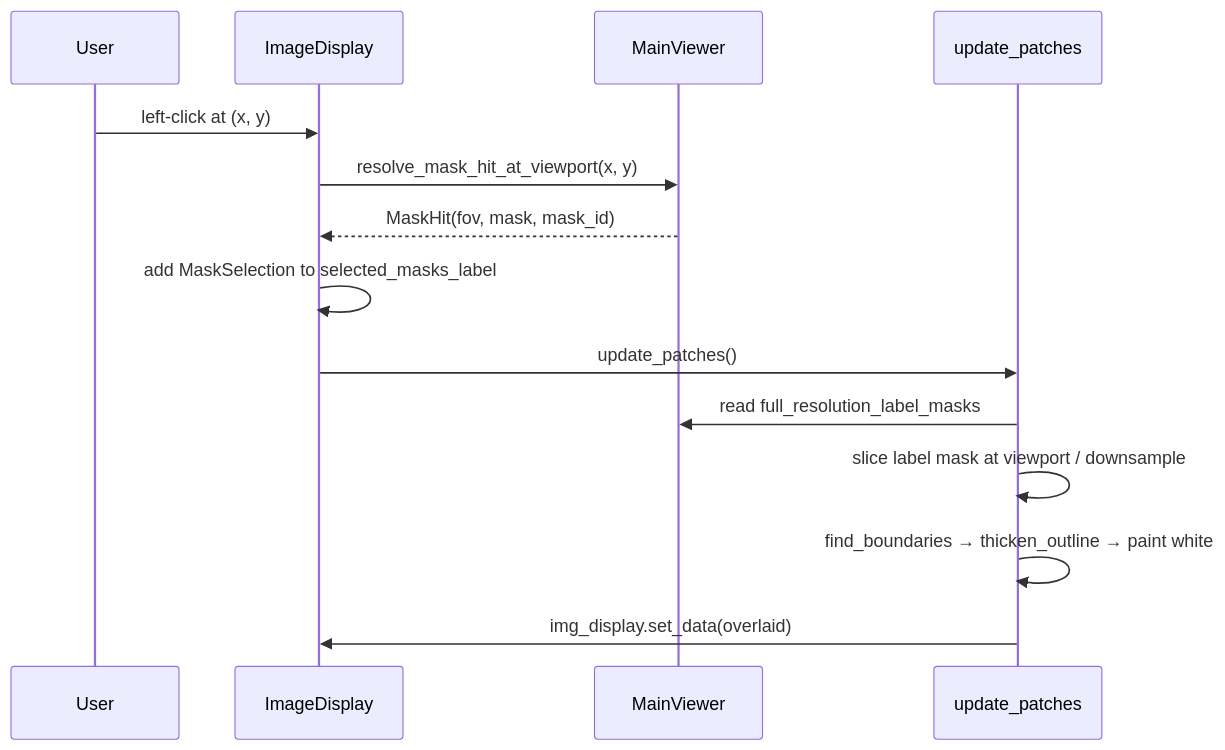
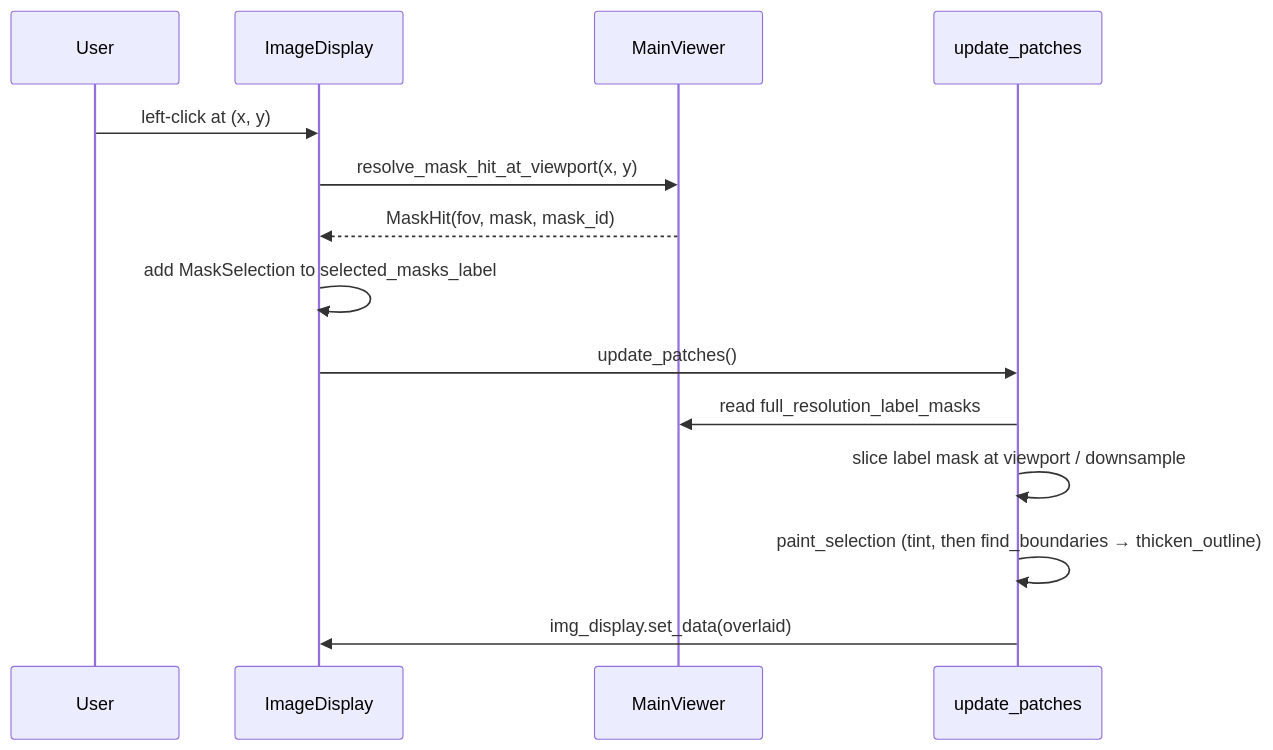
The second of 4 diagrams in dev_note/topic_mask_rendering_highlighting_coloring.md (HartmannLab/UELer), drawn with Mermaid before and after one commit. The commit also changed other lines of this file and 25 other files, not shown here.

Commit message:
one selection colour and style: amber outline plus tint everywhere, Selection and colours section in Advanced Settings

````diff
--- a/dev_note/topic_mask_rendering_highlighting_coloring.md
+++ b/dev_note/topic_mask_rendering_highlighting_coloring.md
@@ -112,17 +114,17 @@
 ```mermaid
 sequenceDiagram
     participant User
     participant ImageDisplay
     participant MainViewer
     participant update_patches
 
     User->>ImageDisplay: left-click at (x, y)
     ImageDisplay->>MainViewer: resolve_mask_hit_at_viewport(x, y)
     MainViewer-->>ImageDisplay: MaskHit(fov, mask, mask_id)
     ImageDisplay->>ImageDisplay: add MaskSelection to selected_masks_label
     ImageDisplay->>update_patches: update_patches()
     update_patches->>MainViewer: read full_resolution_label_masks
     update_patches->>update_patches: slice label mask at viewport / downsample
-    update_patches->>update_patches: find_boundaries → thicken_outline → paint white
+    update_patches->>update_patches: paint_selection (tint, then find_boundaries → thicken_outline)
     update_patches->>ImageDisplay: img_display.set_data(overlaid)
 ```
````
